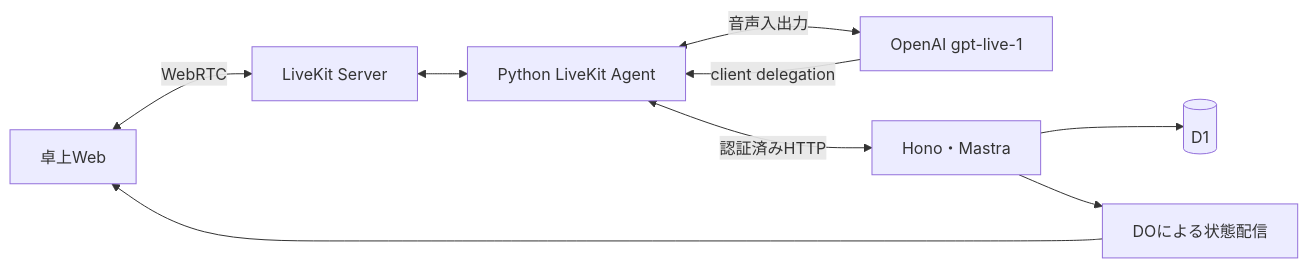
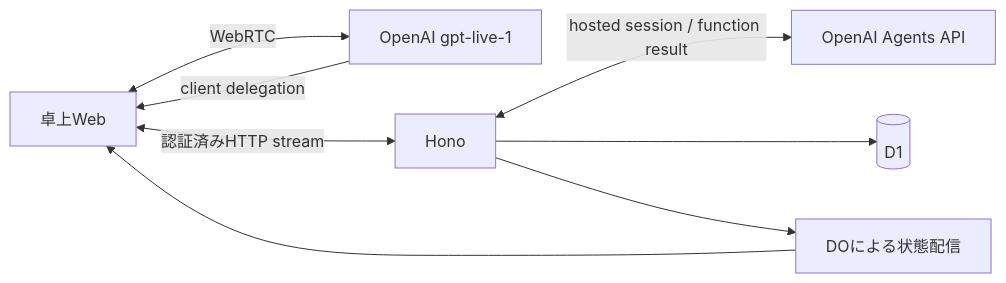
The diagram in docs/voice/integration.md (kit-codex-hack-fes-2026/tablecast-poc), drawn with Mermaid before and after one commit. The commit also changed other lines of this file and 110 other files, not shown here.

First line of the commit message:
feat(voice)!: ✨ adopt hosted Agents API (#100)

````diff
--- a/docs/voice/integration.md
+++ b/docs/voice/integration.md
@@ -7,11 +7,10 @@
 ```mermaid
 flowchart LR
-    K[卓上Web] <-->|WebRTC| L[LiveKit Server]
-    L <--> P[Python LiveKit Agent]
-    P <-->|音声入出力| O[OpenAI gpt-live-1]
-    O -->|client delegation| P
-    P <-->|認証済みHTTP| H[Hono・Mastra]
+    K[卓上Web] <-->|WebRTC| O[OpenAI gpt-live-1]
+    O -->|client delegation| K
+    K <-->|認証済みHTTP stream| H[Hono]
+    H <-->|hosted session / function result| A[OpenAI Agents API]
     H --> D[(D1)]
     H --> R[DOによる状態配信]
     R --> K
 ```
````
